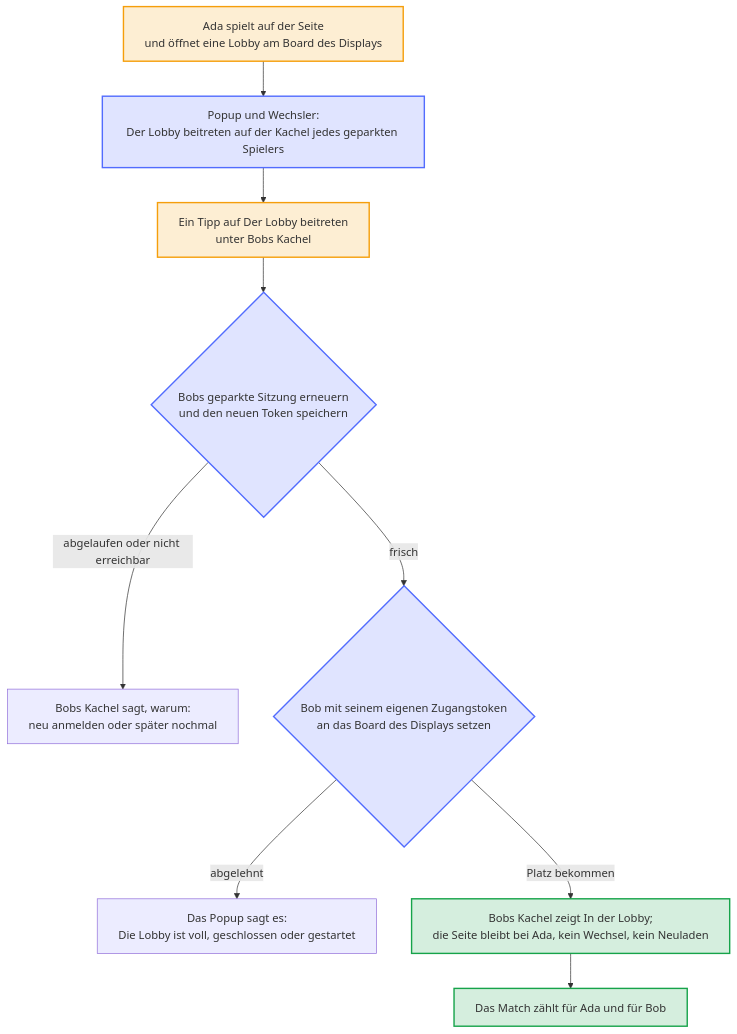
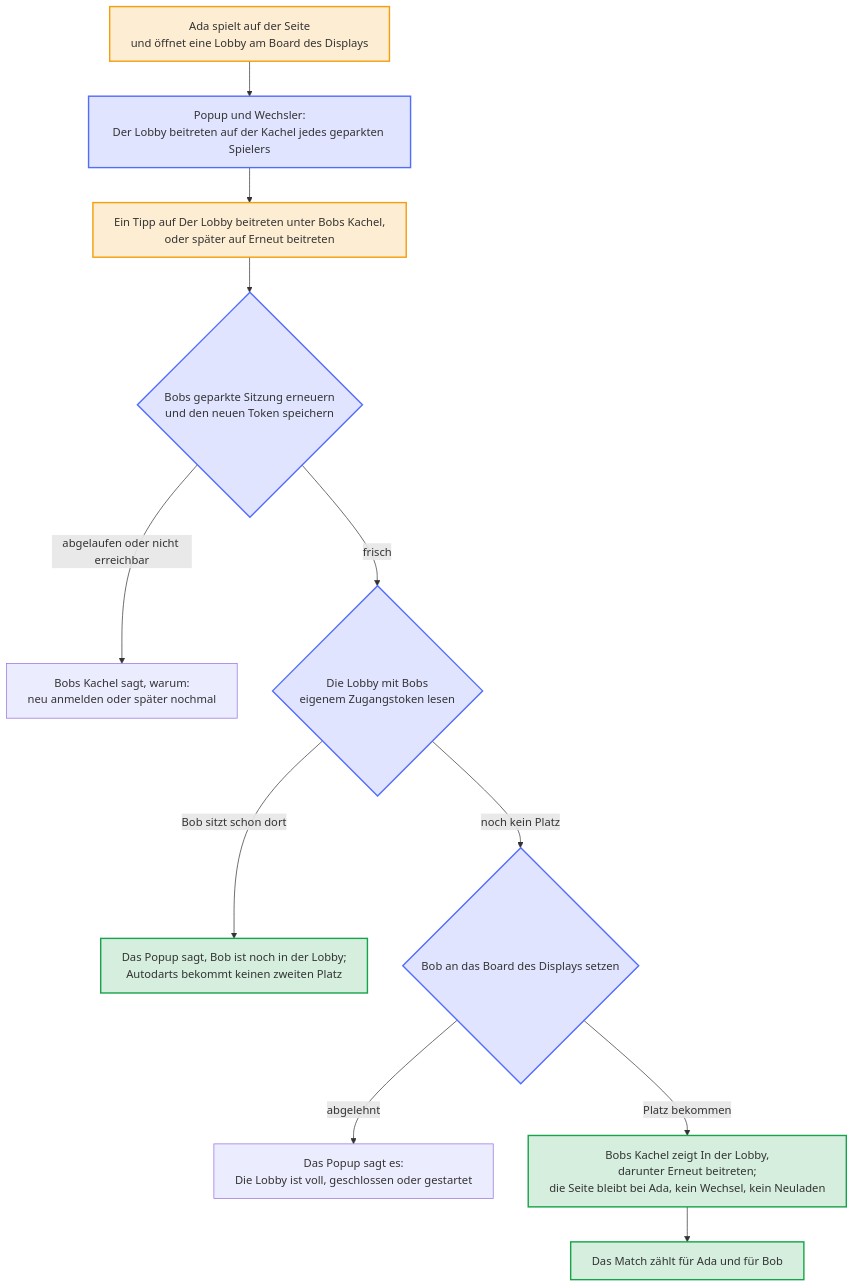
One commit to Dennis-Otto/player-switch-for-autodarts changed the diagram in docs/diagrams/join-a-lobby.de.mmd. Above: the diagram before and after it, drawn with Mermaid. The commit also changed 46 other files, not shown here.

```diff
--- a/docs/diagrams/join-a-lobby.de.mmd
+++ b/docs/diagrams/join-a-lobby.de.mmd
@@ -1,31 +1,35 @@
 ---
 config:
   flowchart:
     wrappingWidth: 400
 ---
 flowchart TB
     accTitle: Mit einem geparkten Spieler der Lobby beitreten
-    accDescr: Ada spielt auf der Seite und öffnet bei Autodarts eine Lobby am Board des Displays. Auf dieser Seite bietet die Kachel jedes geparkten Spielers im Popup und im Wechsler Der Lobby beitreten an. Ein Tipp bei Bob erneuert seine geparkte Sitzung und speichert zuerst den neuen Token. Ist seine Sitzung abgelaufen oder Autodarts nicht erreichbar, sagt seine Kachel, warum, und sonst ändert sich nichts. Andernfalls setzt die Erweiterung Bob mit seinem eigenen Zugangstoken, der nie in die Seite gelangt, an das Board des Displays. Lehnt Autodarts den Platz ab, weil die Lobby voll, geschlossen oder gestartet ist, sagt das Popup das. Andernfalls zeigt seine Kachel In der Lobby, die Seite bleibt ohne Wechsel und ohne Neuladen bei Ada, und das Match zählt für beide Konten.
+    accDescr: Ada spielt auf der Seite und öffnet bei Autodarts eine Lobby am Board des Displays. Auf dieser Seite bietet die Kachel jedes geparkten Spielers im Popup und im Wechsler Der Lobby beitreten an. Ein Tipp bei Bob, oder später auf Erneut beitreten unter seiner Kachel, erneuert seine geparkte Sitzung und speichert zuerst den neuen Token. Ist seine Sitzung abgelaufen oder Autodarts nicht erreichbar, sagt seine Kachel, warum, und sonst ändert sich nichts. Andernfalls liest die Erweiterung die Lobby mit seinem eigenen Zugangstoken, der nie in die Seite gelangt. Sitzt Bob schon dort, sagt das Popup das, und Autodarts bekommt keinen zweiten Platz. Andernfalls setzt die Erweiterung Bob an das Board des Displays. Lehnt Autodarts den Platz ab, weil die Lobby voll, geschlossen oder gestartet ist, sagt das Popup das. Andernfalls zeigt seine Kachel In der Lobby, darunter Erneut beitreten für den Fall, dass der Gastgeber ihn herausnimmt, die Seite bleibt ohne Wechsel und ohne Neuladen bei Ada, und das Match zählt für beide Konten.
 
     lobby["Ada spielt auf der Seite<br>und öffnet eine Lobby am Board des Displays"]
     tiles["Popup und Wechsler:<br>Der Lobby beitreten auf der Kachel jedes geparkten Spielers"]
-    tap["Ein Tipp auf Der Lobby beitreten<br>unter Bobs Kachel"]
+    tap["Ein Tipp auf Der Lobby beitreten unter Bobs Kachel,<br>oder später auf Erneut beitreten"]
     renew{"Bobs geparkte Sitzung erneuern<br>und den neuen Token speichern"}
     why["Bobs Kachel sagt, warum:<br>neu anmelden oder später nochmal"]
-    seat{"Bob mit seinem eigenen Zugangstoken<br>an das Board des Displays setzen"}
+    read{"Die Lobby mit Bobs<br>eigenem Zugangstoken lesen"}
+    kept["Das Popup sagt, Bob ist noch in der Lobby;<br>Autodarts bekommt keinen zweiten Platz"]
+    seat{"Bob an das Board des Displays setzen"}
     refused["Das Popup sagt es:<br>Die Lobby ist voll, geschlossen oder gestartet"]
-    seated["Bobs Kachel zeigt In der Lobby;<br>die Seite bleibt bei Ada, kein Wechsel, kein Neuladen"]
+    seated["Bobs Kachel zeigt In der Lobby,<br>darunter Erneut beitreten;<br>die Seite bleibt bei Ada, kein Wechsel, kein Neuladen"]
     stats["Das Match zählt für Ada und für Bob"]
 
     lobby --> tiles --> tap --> renew
     renew -- "abgelaufen oder nicht erreichbar" --> why
-    renew -- "frisch" --> seat
+    renew -- "frisch" --> read
+    read -- "Bob sitzt schon dort" --> kept
+    read -- "noch kein Platz" --> seat
     seat -- "abgelehnt" --> refused
     seat -- "Platz bekommen" --> seated --> stats
 
     classDef bot fill:#526cfe2e,stroke:#526cfe,stroke-width:2px
     classDef person fill:#f59e0b2e,stroke:#f59e0b,stroke-width:2px
     classDef done fill:#16a34a2e,stroke:#16a34a,stroke-width:2px
-    class tiles,renew,seat bot
+    class tiles,renew,read,seat bot
     class lobby,tap person
-    class seated,stats done
+    class kept,seated,stats done
```
